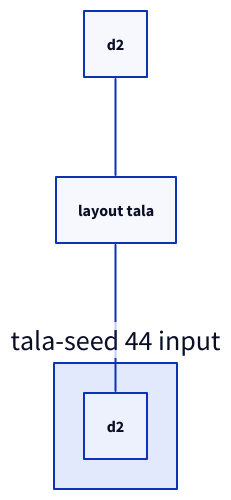
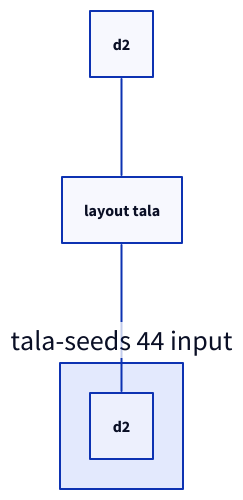
One commit to terrastruct/TALA changed the diagram in README.md. Above: the diagram before and after it, drawn with D2.

Commit message:
Update TALA seed command in README.md

````diff
--- a/README.md
+++ b/README.md
@@ -86,3 +86,3 @@
 ```d2
-d2 --layout tala --tala-seed 44 input.d2
+d2 --layout tala --tala-seeds 44 input.d2
 ```
````
